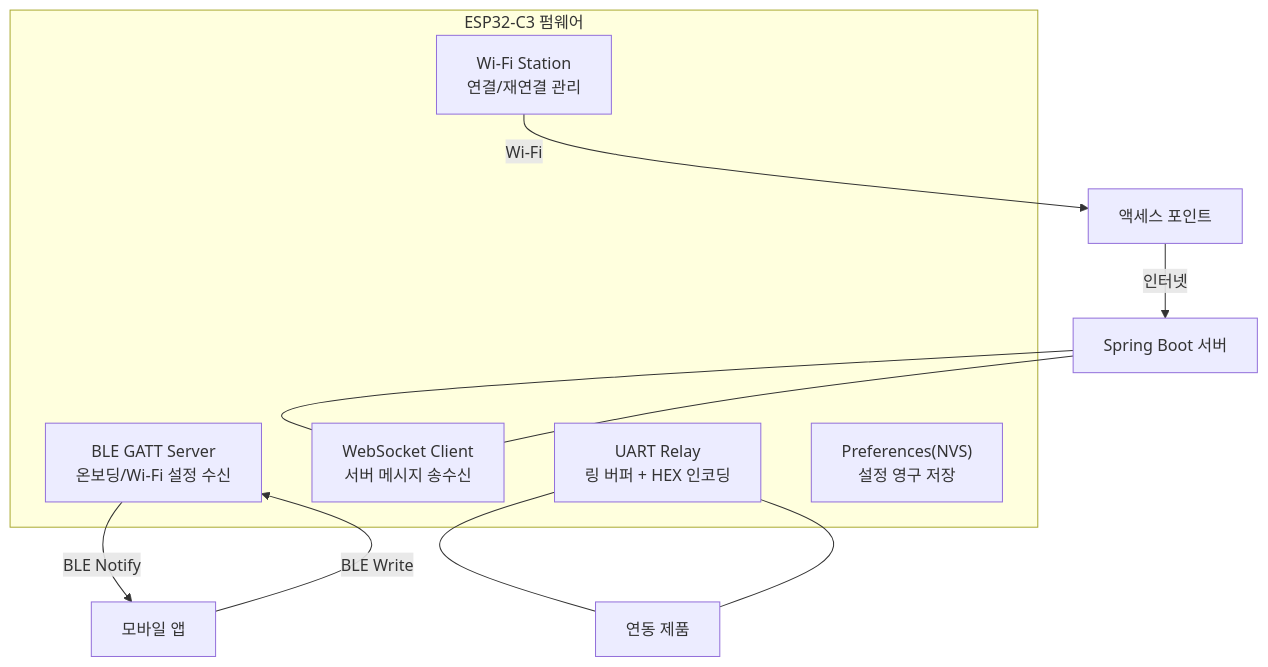
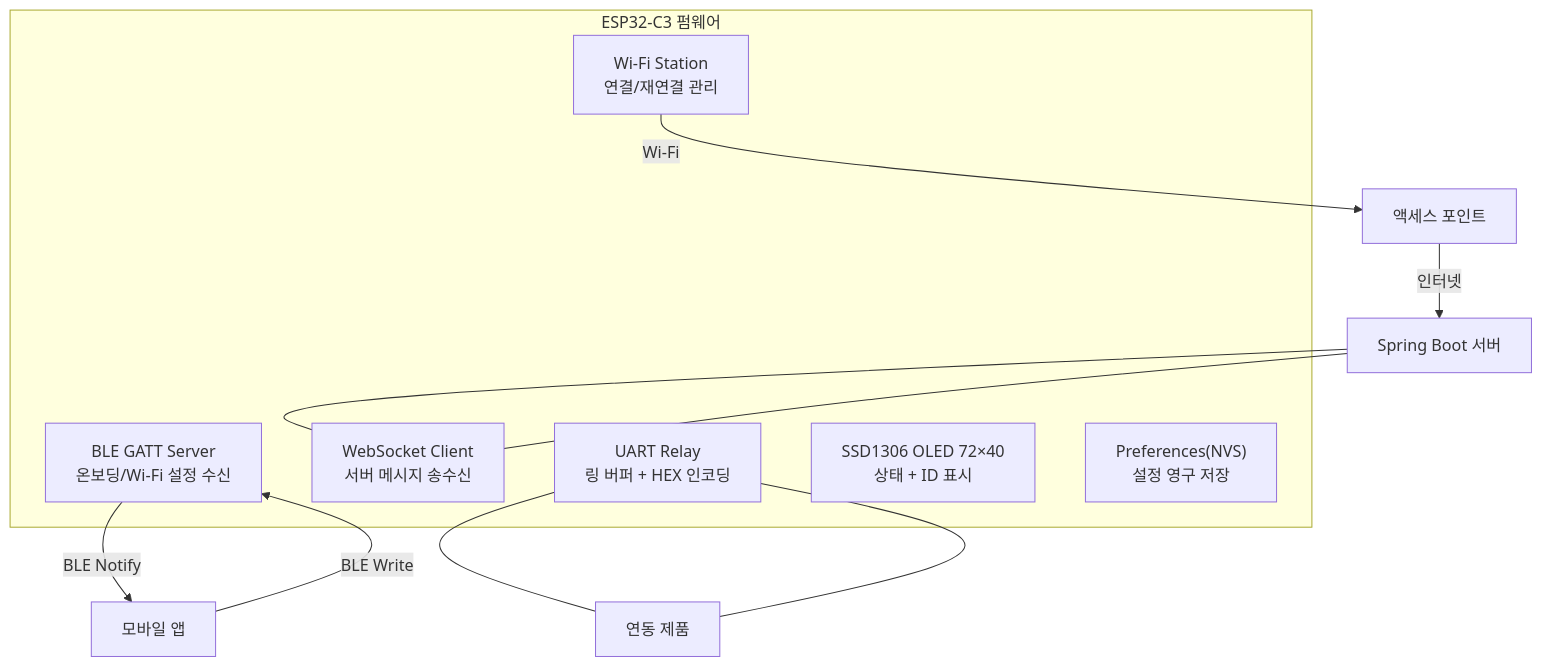
Before and after one commit to hyunu/nexio: the first of 5 diagrams in firmware/design.md, drawn with Mermaid. The commit also changed other lines of this file and 2 other files, not shown here.

First line of the commit message:
펌웨어: OLED 모듈 추가 및 설계서 전면 갱신

````diff
--- a/firmware/design.md
+++ b/firmware/design.md
@@ -11,19 +11,20 @@
 ```mermaid
 graph TB
     subgraph ESP32["ESP32-C3 펌웨어"]
         BLE["BLE GATT Server<br/>온보딩/Wi-Fi 설정 수신"]
         WIFI["Wi-Fi Station<br/>연결/재연결 관리"]
         WS["WebSocket Client<br/>서버 메시지 송수신"]
         UART["UART Relay<br/>링 버퍼 + HEX 인코딩"]
+        OLED["SSD1306 OLED 72×40<br/>상태 + ID 표시"]
         NVS["Preferences(NVS)<br/>설정 영구 저장"]
     end
 
     PHONE["모바일 앱"] -->|BLE Write| BLE
     BLE -->|BLE Notify| PHONE
     WIFI -->|Wi-Fi| AP["액세스 포인트"]
     AP -->|인터넷| SERVER["Spring Boot 서버"]
     WS --- SERVER
     SERVER --- WS
     UART --- PRODUCT["연동 제품"]
     PRODUCT --- UART
 ```
````
